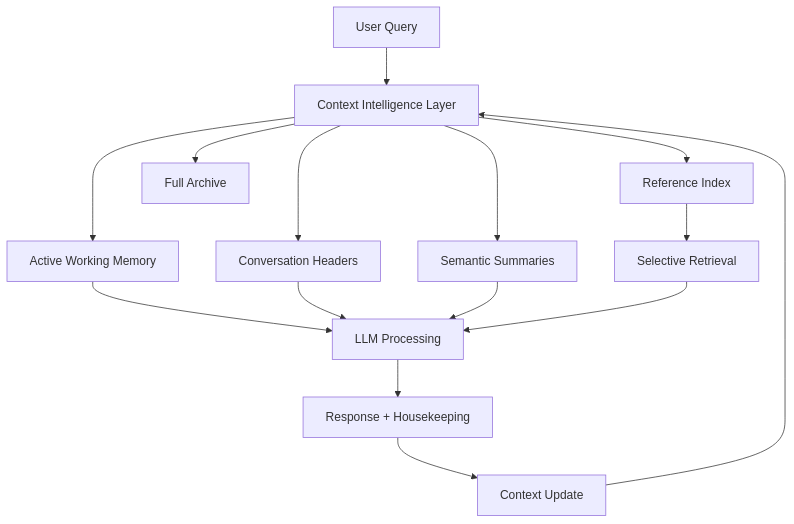
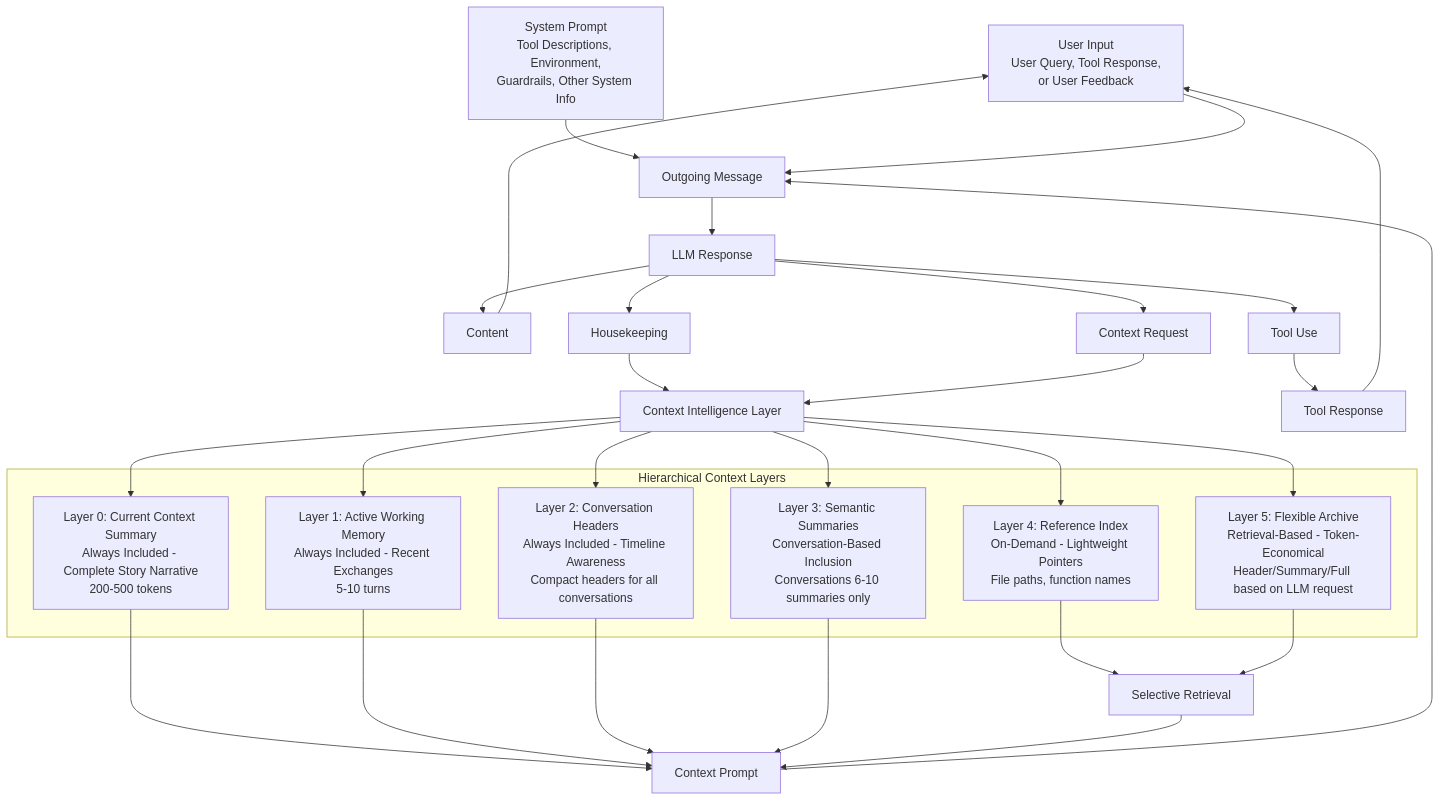
One commit to nigelp/Zentara-Code changed the diagram in docs/context_management/smart-context-management-analysis.md. Above: the diagram before and after it, drawn with Mermaid. The commit also changed other lines of this file and 1 other file, not shown here.

Commit message:
smart context analysis doc revised

````diff
--- a/docs/context_management/smart-context-management-analysis.md
+++ b/docs/context_management/smart-context-management-analysis.md
@@ -65,19 +65,49 @@
 ```mermaid
 graph TB
-    A[User Query] --> B[Context Intelligence Layer]
-    B --> C[Active Working Memory]
-    B --> D[Conversation Headers]
-    B --> E[Semantic Summaries]
-    B --> F[Reference Index]
-    B --> G[Full Archive]
+    UI[User Input<br/>User Query, Tool Response,<br/>or User Feedback]
+    B[Context Intelligence Layer]
     
-    C --> H[LLM Processing]
-    D --> H
-    E --> H
-    F --> I[Selective Retrieval]
-    I --> H
+    subgraph "Hierarchical Context Layers"
+        L0[Layer 0: Current Context Summary<br/>Always Included - Complete Story Narrative<br/>200-500 tokens]
+        L1[Layer 1: Active Working Memory<br/>Always Included - Recent Exchanges<br/>5-10 turns]
+        L2[Layer 2: Conversation Headers<br/>Always Included - Timeline Awareness<br/>Compact headers for all conversations]
+        L3[Layer 3: Semantic Summaries<br/>Conversation-Based Inclusion<br/>Conversations 6-10 summaries only]
+        L4[Layer 4: Reference Index<br/>On-Demand - Lightweight Pointers<br/>File paths, function names]
+        L5[Layer 5: Flexible Archive<br/>Retrieval-Based - Token-Economical<br/>Header/Summary/Full based on LLM request]
+    end
     
-    H --> J[Response + Housekeeping]
-    J --> K[Context Update]
-    K --> B
+    B --> L0
+    B --> L1
+    B --> L2
+    B --> L3
+    B --> L4
+    B --> L5
+    
+    L0 --> CP[Context Prompt]
+    L1 --> CP
+    L2 --> CP
+    L3 --> CP
+    L4 --> SR[Selective Retrieval]
+    L5 --> SR
+    SR --> CP
+    
+    SP[System Prompt<br/>Tool Descriptions, Environment,<br/>Guardrails, Other System Info]
+    
+    CP --> OM[Outgoing Message]
+    SP --> OM
+    UI --> OM
+    OM --> LLM[LLM Response]
+    
+    LLM --> Content[Content]
+    LLM --> ToolUse[Tool Use]
+    LLM --> Housekeeping[Housekeeping]
+    LLM --> ContextRequest[Context Request]
+    
+    ToolUse --> TR[Tool Response]
+    TR --> UI
+    
+    Content --> UI
+    
+    Housekeeping --> B
+    ContextRequest --> B
 ```
````
